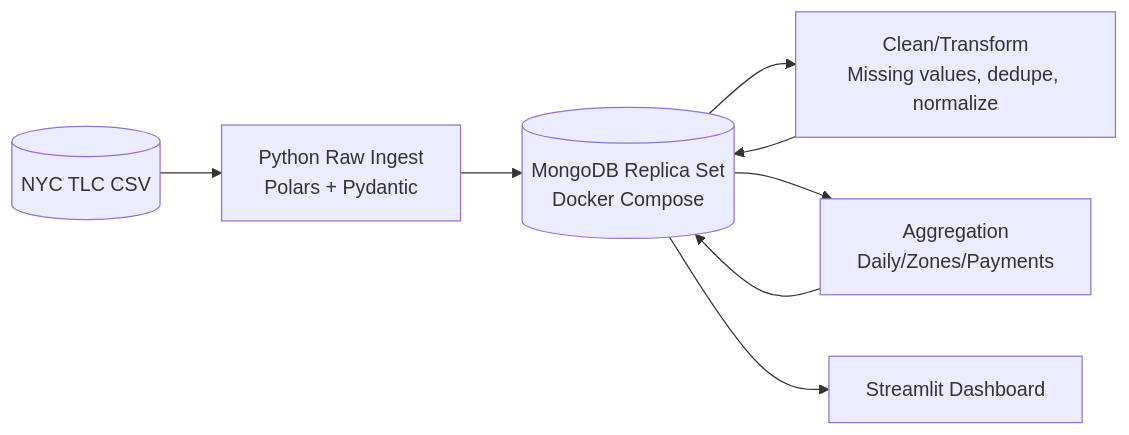
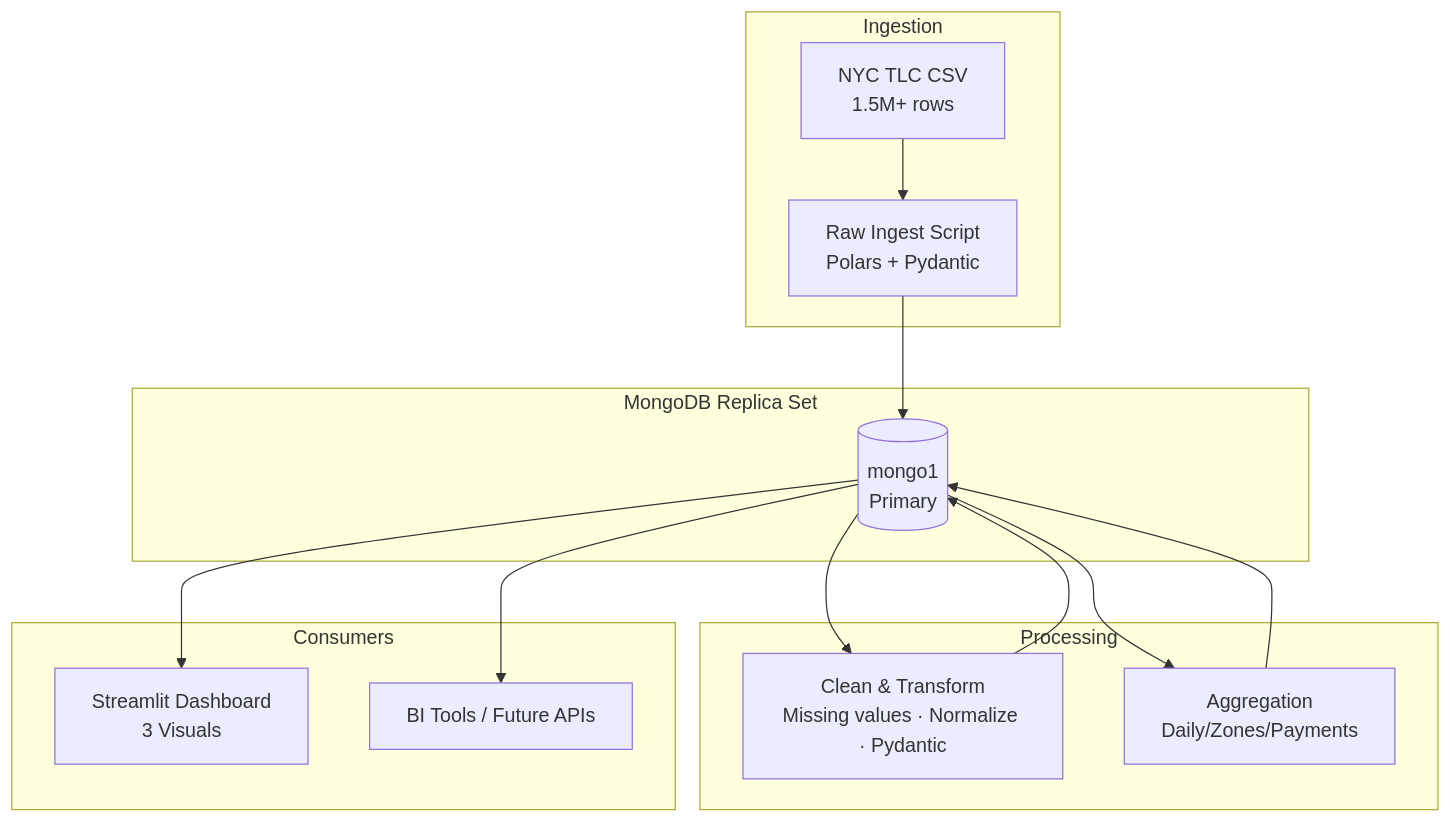
One commit to Eswar3605/bigdata-mongo-taxi changed the diagram in README.md. Above: the diagram before and after it, drawn with Mermaid. The commit also changed 1 other file, not shown here.

Commit message:
Fix Mermaid diagram syntax for GitHub compatibility

````diff
--- a/README.md
+++ b/README.md
@@ -12,14 +12,30 @@
 ```mermaid
-flowchart LR
-    RAW[(NYC TLC CSV)]
-    PIPELINE_RAW[Python Raw Ingest<br/>Polars + Pydantic]
-    PIPELINE_CLEAN[Clean/Transform<br/>Missing values, dedupe, normalize]
-    PIPELINE_GOLD[Aggregation<br/>Daily/Zones/Payments]
-    STREAMLIT[Streamlit Dashboard]
-    MONGO[(MongoDB Replica Set<br/>Docker Compose)]
+flowchart TB
+    subgraph Ingestion["Ingestion"]
+        A["NYC TLC CSV<br/>1.5M+ rows"]
+        B["Raw Ingest Script<br/>Polars + Pydantic"]
+    end
 
-    RAW --> PIPELINE_RAW --> MONGO
-    MONGO --> PIPELINE_CLEAN --> MONGO
-    MONGO --> PIPELINE_GOLD --> MONGO
-    MONGO --> STREAMLIT
+    subgraph MongoReplicaSet["MongoDB Replica Set"]
+        M1[("mongo1<br/>Primary")]
+    end
+
+    subgraph Processing["Processing"]
+        C["Clean & Transform<br/>Missing values · Normalize · Pydantic"]
+        D["Aggregation<br/>Daily/Zones/Payments"]
+    end
+
+    subgraph Consumers["Consumers"]
+        E["Streamlit Dashboard<br/>3 Visuals"]
+        F["BI Tools / Future APIs"]
+    end
+
+    A --> B
+    B --> M1
+    M1 --> C
+    C --> M1
+    M1 --> D
+    D --> M1
+    M1 --> E
+    M1 --> F
 ```
````
